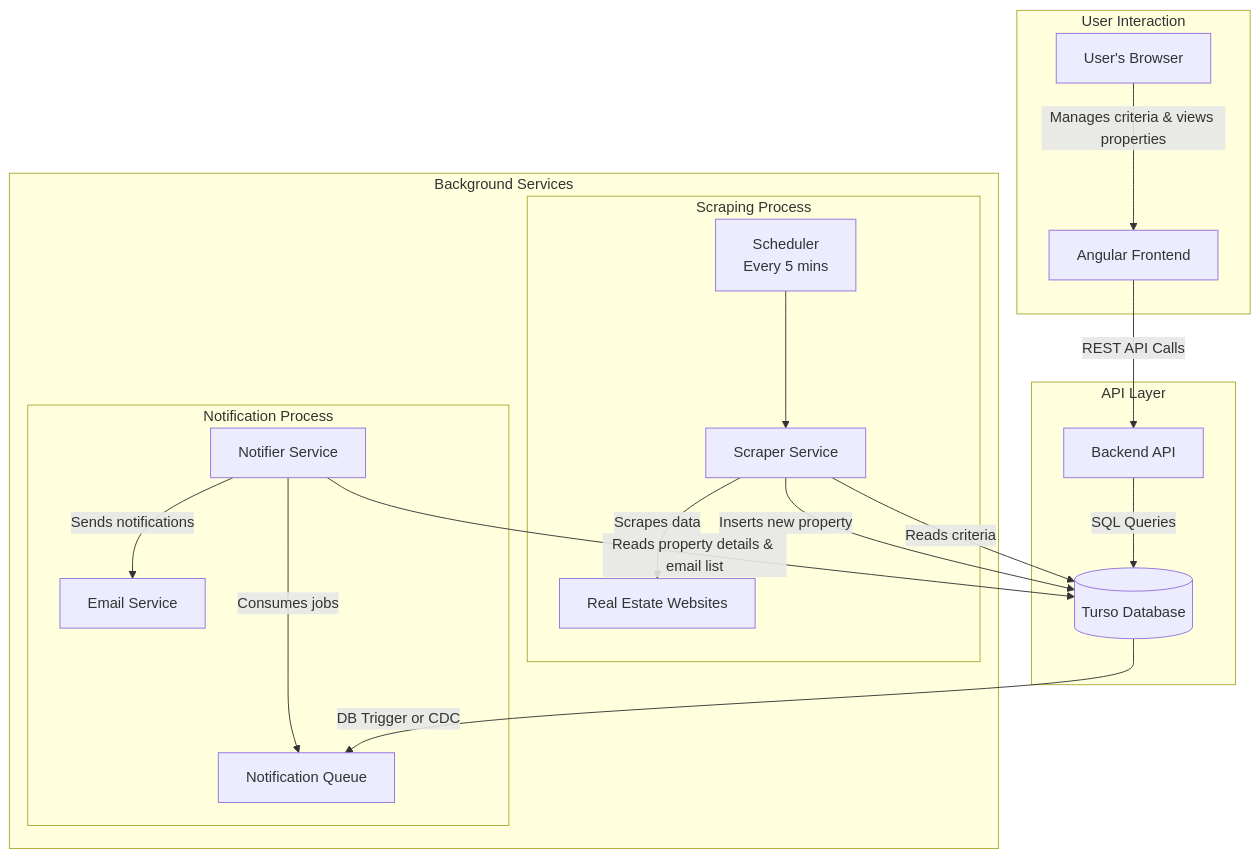
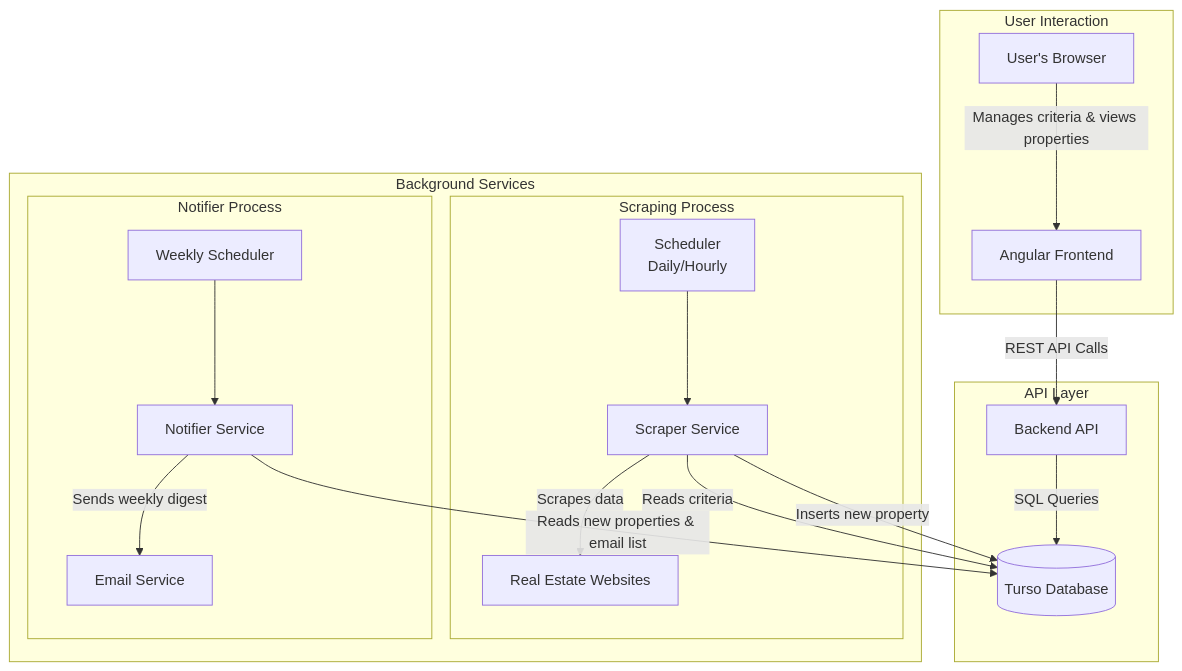
One commit to limadan/real-state-scrapper changed the first of 2 diagrams in docs/ARCHITECTURE.md. Above: the diagram before and after it, drawn with Mermaid. The commit also changed 1 other file, not shown here.

Commit message:
fix: updating docs to include weekly email instead of instant email

````diff
--- a/docs/ARCHITECTURE.md
+++ b/docs/ARCHITECTURE.md
@@ -13,27 +13,25 @@
 ```mermaid
 graph TD
     subgraph User Interaction
         U[User's Browser] -- Manages criteria & views properties --> FE[Angular Frontend];
     end
 
     subgraph API Layer
         FE -- REST API Calls --> API[Backend API];
         API -- SQL Queries --> DB[(Turso Database)];
     end
 
     subgraph Background Services
         subgraph Scraping Process
-            Sched[Scheduler <br> Every 5 mins] --> Scraper[Scraper Service];
+            Sched[Scheduler <br> Daily/Hourly] --> Scraper[Scraper Service];
             Scraper -- Reads criteria --> DB;
             Scraper -- Scrapes data --> RWS[Real Estate Websites];
             Scraper -- Inserts new property --> DB;
         end
-
-        subgraph Notification Process
-            DB -- DB Trigger or CDC --> NQ[Notification Queue];
-            Notifier[Notifier Service] -- Consumes jobs --> NQ;
-            Notifier -- Reads property details & email list --> DB;
-            Notifier -- Sends notifications --> Mail[Email Service];
+        subgraph Notifier Process
+            WeeklySched[Weekly Scheduler] --> Notifier[Notifier Service];
+            Notifier -- Reads new properties & email list --> DB;
+            Notifier -- Sends weekly digest --> Mail[Email Service];
         end
     end
 ```
````
